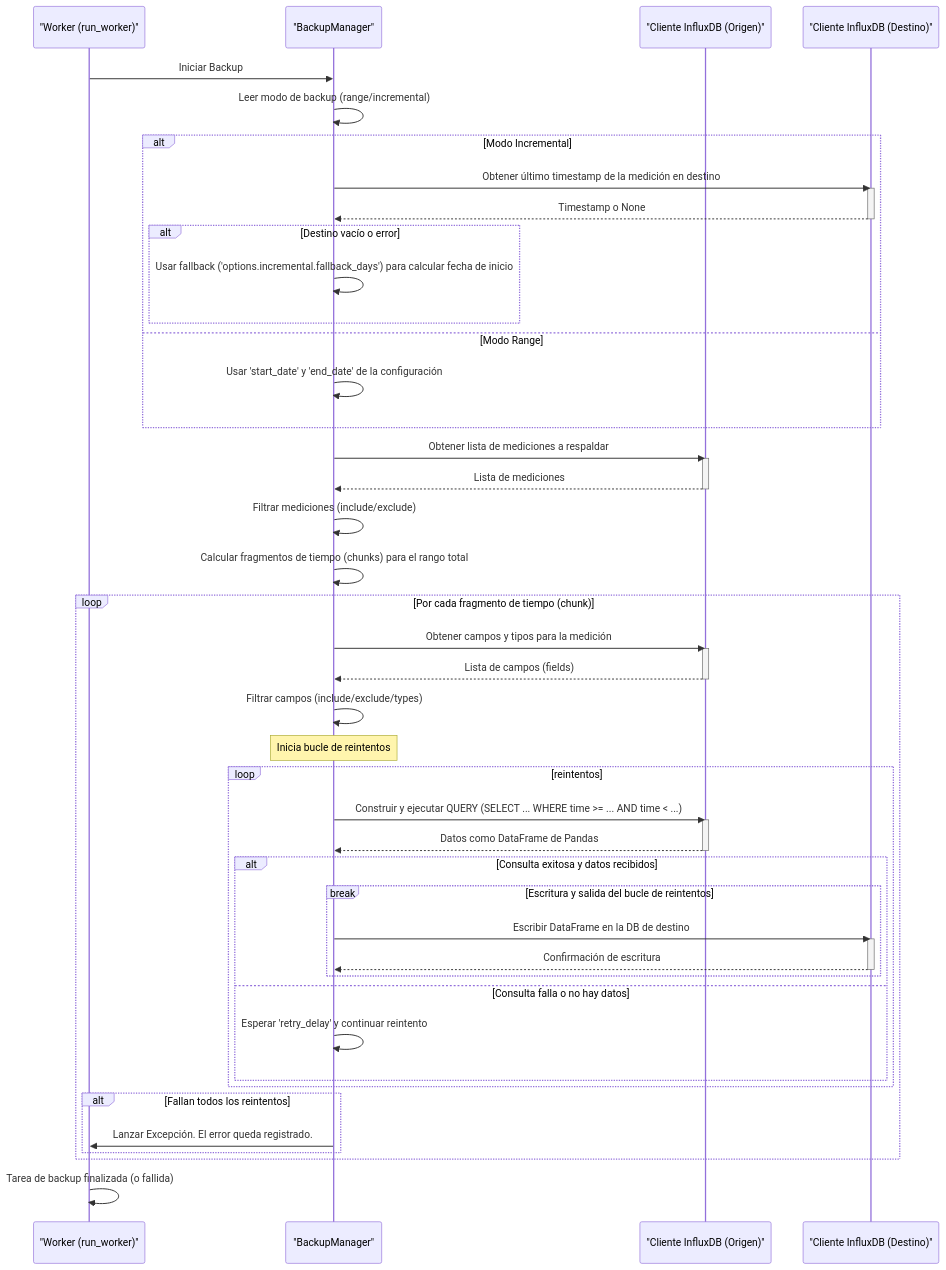
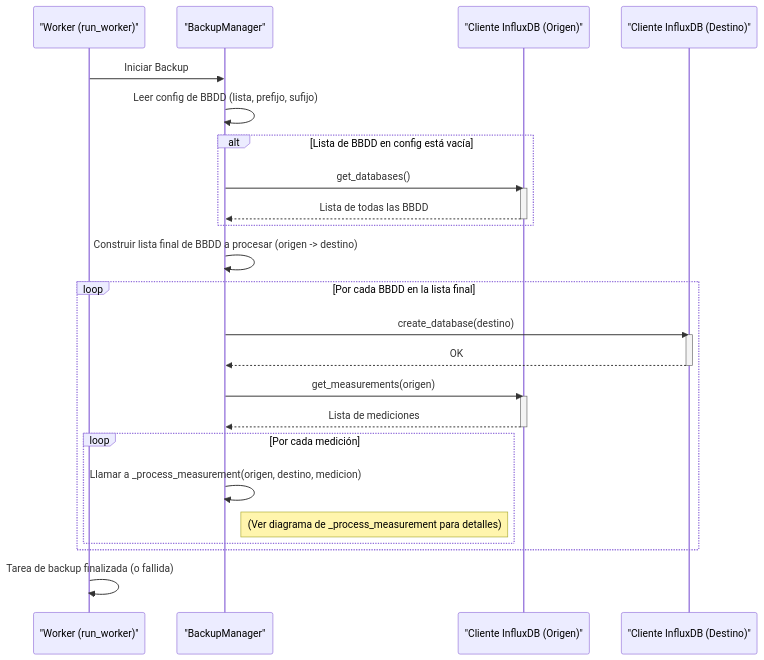
Before and after one commit to TacoronteRiveroCristian/SysAdminToolkit: the second of 6 diagrams in docker/backup_influxdb/src/README.md, drawn with Mermaid. The commit also changed other lines of this file and 5 other files, not shown here.

Commit message:
feat: enhance InfluxDB backup functionality to support automatic database retrieval and configurable naming conventions with prefix/suffix

````diff
--- a/docker/backup_influxdb/src/README.md
+++ b/docker/backup_influxdb/src/README.md
@@ -68,61 +68,37 @@
   ```mermaid
-    sequenceDiagram
-        participant Worker as "Worker (run_worker)"
-        participant BM as "BackupManager"
-        participant InfluxClientSrc as "Cliente InfluxDB (Origen)"
-        participant InfluxClientDst as "Cliente InfluxDB (Destino)"
+  sequenceDiagram
+      participant Worker as "Worker (run_worker)"
+      participant BM as "BackupManager"
+      participant InfluxClientSrc as "Cliente InfluxDB (Origen)"
+      participant InfluxClientDst as "Cliente InfluxDB (Destino)"
 
-        Worker->>BM: Iniciar Backup
-        BM->>BM: Leer modo de backup (range/incremental)
+      Worker->>BM: Iniciar Backup
+      BM->>BM: Leer config de BBDD (lista, prefijo, sufijo)
 
-        alt Modo Incremental
-            BM->>InfluxClientDst: Obtener último timestamp de la medición en destino
-            activate InfluxClientDst
-            InfluxClientDst-->>BM: Timestamp o None
-            deactivate InfluxClientDst
-            alt Destino vacío o error
-                 BM->>BM: Usar fallback ('options.incremental.fallback_days') para calcular fecha de inicio
-            end
-        else Modo Range
-            BM->>BM: Usar 'start_date' y 'end_date' de la configuración
-        end
+      alt Lista de BBDD en config está vacía
+          BM->>InfluxClientSrc: get_databases()
+          activate InfluxClientSrc
+          InfluxClientSrc-->>BM: Lista de todas las BBDD
+          deactivate InfluxClientSrc
+      end
 
-        BM->>InfluxClientSrc: Obtener lista de mediciones a respaldar
-        activate InfluxClientSrc
-        InfluxClientSrc-->>BM: Lista de mediciones
-        deactivate InfluxClientSrc
-        BM->>BM: Filtrar mediciones (include/exclude)
+      BM->>BM: Construir lista final de BBDD a procesar (origen -> destino)
 
-        BM->>BM: Calcular fragmentos de tiempo (chunks) para el rango total
+      loop Por cada BBDD en la lista final
+          BM->>InfluxClientDst: create_database(destino)
+          activate InfluxClientDst
+          InfluxClientDst-->>BM: OK
+          deactivate InfluxClientDst
 
-        loop Por cada fragmento de tiempo (chunk)
-            BM->>InfluxClientSrc: Obtener campos y tipos para la medición
-            activate InfluxClientSrc
-            InfluxClientSrc-->>BM: Lista de campos (fields)
-            deactivate InfluxClientSrc
-            BM->>BM: Filtrar campos (include/exclude/types)
+          BM->>InfluxClientSrc: get_measurements(origen)
+          activate InfluxClientSrc
+          InfluxClientSrc-->>BM: Lista de mediciones
+          deactivate InfluxClientSrc
 
-            Note over BM: Inicia bucle de reintentos
-            loop reintentos
-                BM->>InfluxClientSrc: Construir y ejecutar QUERY (SELECT ... WHERE time >= ... AND time < ...)
-                activate InfluxClientSrc
-                InfluxClientSrc-->>BM: Datos como DataFrame de Pandas
-                deactivate InfluxClientSrc
-
-                alt Consulta exitosa y datos recibidos
-                    break Escritura y salida del bucle de reintentos
-                        BM->>InfluxClientDst: Escribir DataFrame en la DB de destino
-                        activate InfluxClientDst
-                        InfluxClientDst-->>BM: Confirmación de escritura
-                        deactivate InfluxClientDst
-                    end
-                else Consulta falla o no hay datos
-                    BM->>BM: Esperar 'retry_delay' y continuar reintento
-                end
-            end
-            alt Fallan todos los reintentos
-                BM->>Worker: Lanzar Excepción. El error queda registrado.
-            end
-        end
-        Worker->>Worker: Tarea de backup finalizada (o fallida)
+          loop Por cada medición
+              BM->>BM: Llamar a _process_measurement(origen, destino, medicion)
+              Note right of BM: (Ver diagrama de _process_measurement para detalles)
+          end
+      end
+      Worker->>Worker: Tarea de backup finalizada (o fallida)
   ```
````
